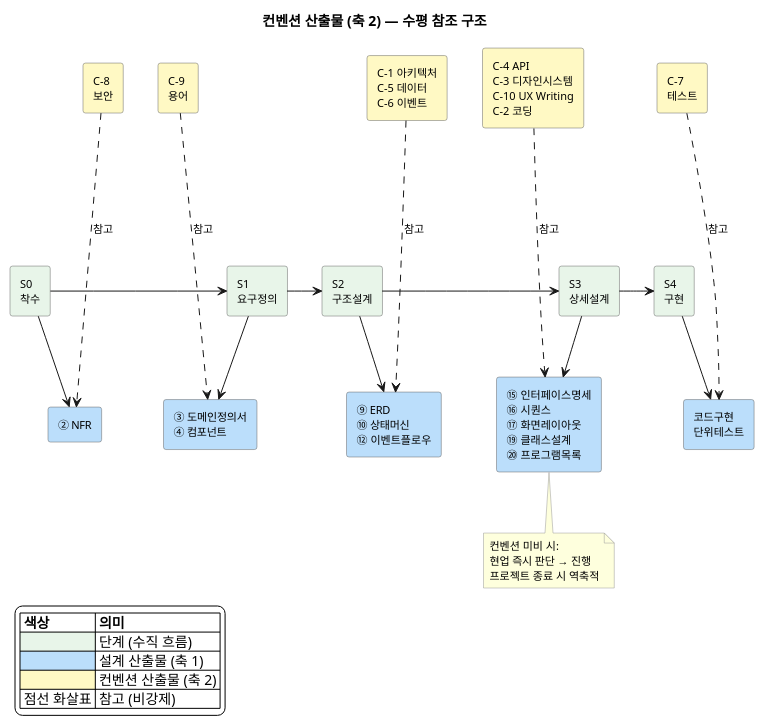
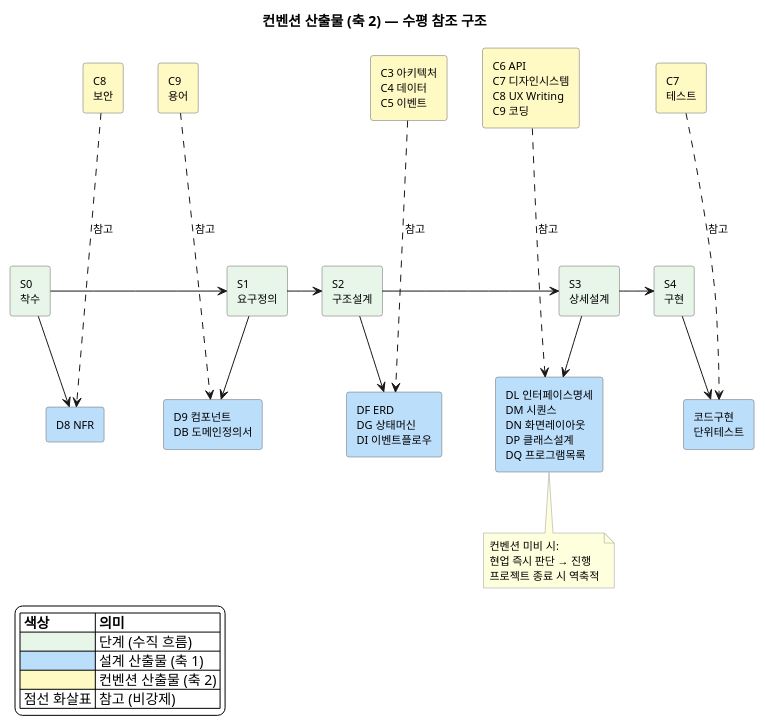
One commit to parknahyun/runNShop changed the first of 2 diagrams in docs/방법론/AI활용_개발방법론_산출물_흐름.md. Above: the diagram before and after it, drawn with PlantUML. The commit also changed other lines of this file and 47 other files, not shown here.

Commit message:
refactor(컨벤션): C 번호를 수립 순서대로 재배치 재배치: C1보안→C2용어→C3아키텍처→C4데이터→C5이벤트→C6API→C7디자인시스템→C8UXWriting→C9코딩→CA테스트 - 자산화-컨벤션/ 파일명 rename 완료 (11파일) - 방법론 지침서: 컨벤션 목록 테이블 + 타임라인 + 중복해소 규칙 참조 번호 갱신 - 방법론 산출물흐름: 매핑 테이블 참조 번호 갱신 - C 번호 = 수립 순서 (D 번호 = 작업 순서와 동일한 원칙)

````diff
--- a/docs/방법론/AI활용_개발방법론_산출물_흐름.md
+++ b/docs/방법론/AI활용_개발방법론_산출물_흐름.md
@@ -60,70 +60,70 @@
 ```plantuml
 @startuml
 skinparam backgroundColor transparent
 skinparam defaultFontSize 11
 skinparam rectangleBorderColor #666666
 skinparam noteBorderColor #999999
 title 컨벤션 산출물 (축 2) — 수평 참조 구조
 
 ' === 단계 수평 흐름 (축 1: 설계 산출물) ===
 rectangle "S0\n착수" as S0 #E8F5E9
 rectangle "S1\n요구정의" as S1 #E8F5E9
 rectangle "S2\n구조설계" as S2 #E8F5E9
 rectangle "S3\n상세설계" as S3 #E8F5E9
 rectangle "S4\n구현" as S4 #E8F5E9
 
 S0 -right-> S1
 S1 -right-> S2
 S2 -right-> S3
 S3 -right-> S4
 
 ' === 설계 산출물 (각 단계 아래) ===
-rectangle "② NFR" as NFR #BBDEFB
-rectangle "③ 도메인정의서\n④ 컴포넌트" as S1_ART #BBDEFB
-rectangle "⑨ ERD\n⑩ 상태머신\n⑫ 이벤트플로우" as S2_ART #BBDEFB
-rectangle "⑮ 인터페이스명세\n⑯ 시퀀스\n⑰ 화면레이아웃\n⑲ 클래스설계\n⑳ 프로그램목록" as S3_ART #BBDEFB
+rectangle "D8 NFR" as NFR #BBDEFB
+rectangle "D9 컴포넌트\nDB 도메인정의서" as S1_ART #BBDEFB
+rectangle "DF ERD\nDG 상태머신\nDI 이벤트플로우" as S2_ART #BBDEFB
+rectangle "DL 인터페이스명세\nDM 시퀀스\nDN 화면레이아웃\nDP 클래스설계\nDQ 프로그램목록" as S3_ART #BBDEFB
 rectangle "코드구현\n단위테스트" as S4_ART #BBDEFB
 
 S0 -down-> NFR
 S1 -down-> S1_ART
 S2 -down-> S2_ART
 S3 -down-> S3_ART
 S4 -down-> S4_ART
 
 ' === 컨벤션 산출물 (상단, 수평으로 참고 공급) ===
-rectangle "C-8\n보안" as C8 #FFF9C4
-rectangle "C-9\n용어" as C9 #FFF9C4
-rectangle "C-1 아키텍처\nC-5 데이터\nC-6 이벤트" as C156 #FFF9C4
-rectangle "C-4 API\nC-3 디자인시스템\nC-10 UX Writing\nC-2 코딩" as C2340 #FFF9C4
-rectangle "C-7\n테스트" as C7 #FFF9C4
+rectangle "C8\n보안" as C8 #FFF9C4
+rectangle "C9\n용어" as C9 #FFF9C4
+rectangle "C3 아키텍처\nC4 데이터\nC5 이벤트" as C156 #FFF9C4
+rectangle "C6 API\nC7 디자인시스템\nC8 UX Writing\nC9 코딩" as C2340 #FFF9C4
+rectangle "C7\n테스트" as C7 #FFF9C4
 
 ' === 컨벤션 → 설계 산출물 참고 연결 (점선) ===
 C8 ..down..> NFR : 참고
 C9 ..down..> S1_ART : 참고
 C156 ..down..> S2_ART : 참고
 C2340 ..down..> S3_ART : 참고
 C7 ..down..> S4_ART : 참고
 
 ' === 위치 정렬 ===
 C8 -[hidden]right-> C9
 C9 -[hidden]right-> C156
 C156 -[hidden]right-> C2340
 C2340 -[hidden]right-> C7
 
 ' === 범례 ===
 legend bottom left
   |= 색상 |= 의미 |
   | <#E8F5E9> | 단계 (수직 흐름) |
   | <#BBDEFB> | 설계 산출물 (축 1) |
   | <#FFF9C4> | 컨벤션 산출물 (축 2) |
   | 점선 화살표 | 참고 (비강제) |
 endlegend
 
 note bottom of S3_ART
   컨벤션 미비 시:
   현업 즉시 판단 → 진행
   프로젝트 종료 시 역축적
 end note
 
 @enduml
 ```
````
